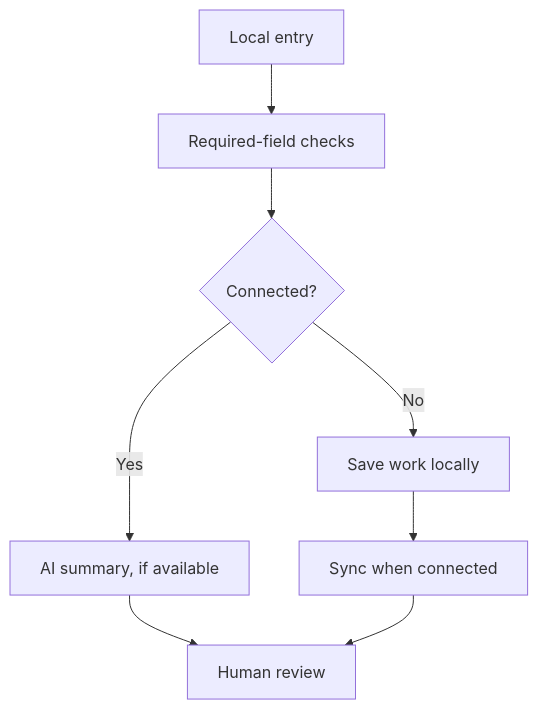
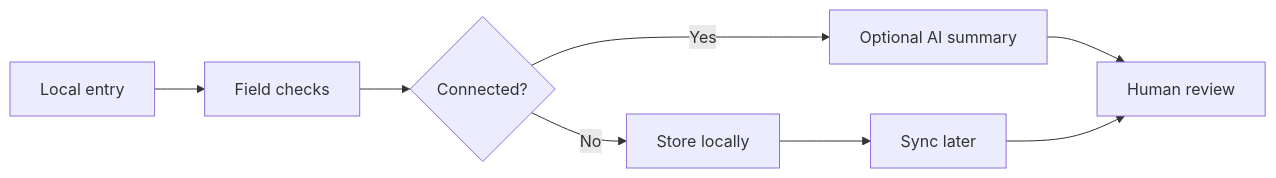
The diagram in teaching/visuals/s01/en/offline.mmd (Ange230700/ibm-ai-foundations-for-everyone-notes), drawn with Mermaid before and after one commit. The commit also changed 54 other files, not shown here.

Commit message:
fix(presentations): improve teaching diagram legibility

```diff
--- a/teaching/visuals/s01/en/offline.mmd
+++ b/teaching/visuals/s01/en/offline.mmd
@@ -1,8 +1,8 @@
-flowchart TB
- A["Local entry"] --> B["Required-field checks"]
+flowchart LR
+ A["Local entry"] --> B["Field checks"]
  B --> C{"Connected?"}
- C -->|No| D["Save work locally"]
- C -->|Yes| E["AI summary, if available"]
- D --> F["Sync when connected"]
+ C -->|No| D["Store locally"]
+ C -->|Yes| E["Optional AI summary"]
+ D --> F["Sync later"]
  E --> G["Human review"]
  F --> G
```
